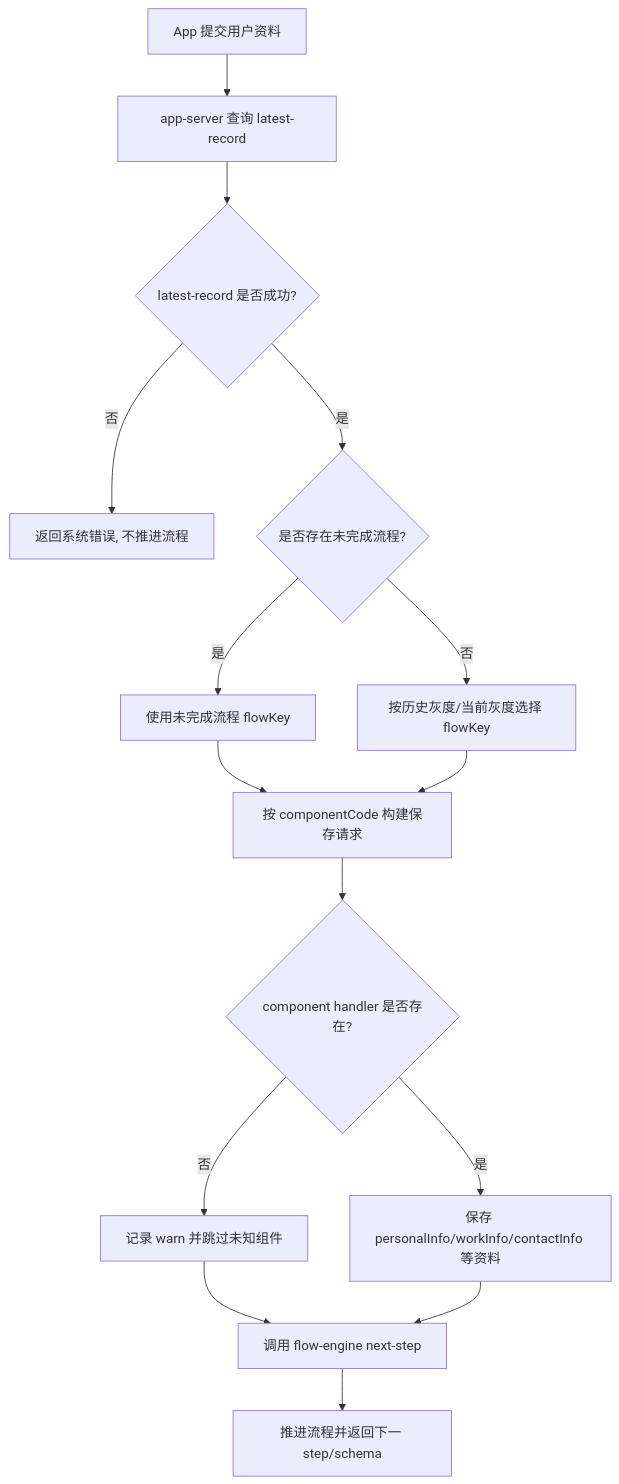
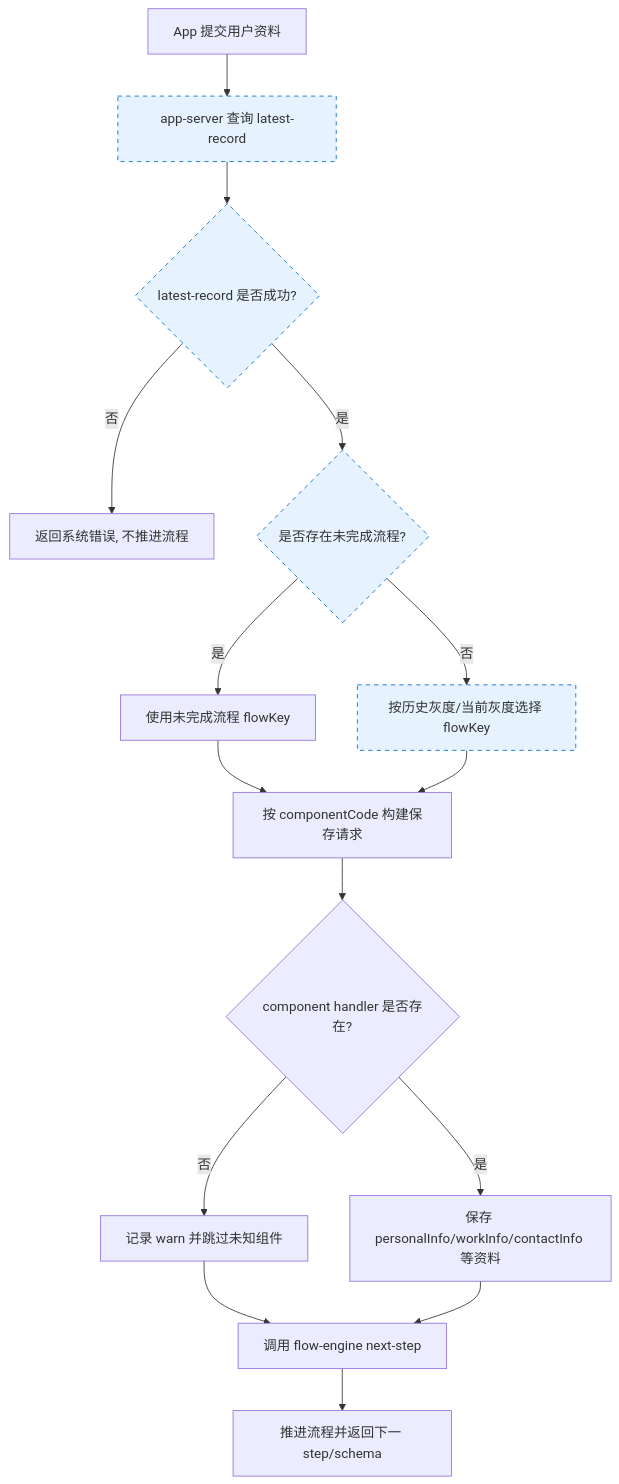
The second of 3 diagrams in 戳额流程优化技术文档.md (yikolemon/mgm-test), drawn with Mermaid before and after one commit. The commit also changed other lines of this file, not shown here.

````diff
--- a/戳额流程优化技术文档.md
+++ b/戳额流程优化技术文档.md
@@ -63,17 +63,19 @@
 ```mermaid
 flowchart TD
-  A[App 提交用户资料] --> B[app-server 查询 latest-record]
-  B --> C{latest-record 是否成功?}
+  A[App 提交用户资料] --> B[app-server 查询 latest-record]:::changed
+  B --> C{latest-record 是否成功?}:::changed
   C -- 否 --> X[返回系统错误, 不推进流程]
-  C -- 是 --> D{是否存在未完成流程?}
+  C -- 是 --> D{是否存在未完成流程?}:::changed
   D -- 是 --> E[使用未完成流程 flowKey]
-  D -- 否 --> F[按历史灰度/当前灰度选择 flowKey]
+  D -- 否 --> F[按历史灰度/当前灰度选择 flowKey]:::changed
   E --> G[按 componentCode 构建保存请求]
   F --> G
   G --> H{component handler 是否存在?}
   H -- 否 --> I[记录 warn 并跳过未知组件]
   H -- 是 --> J[保存 personalInfo/workInfo/contactInfo 等资料]
   I --> K[调用 flow-engine next-step]
   J --> K
   K --> L[推进流程并返回下一 step/schema]
+
+  classDef changed fill:#e6f3ff,stroke:#0066cc,stroke-dasharray: 5 5;
 ```
````
